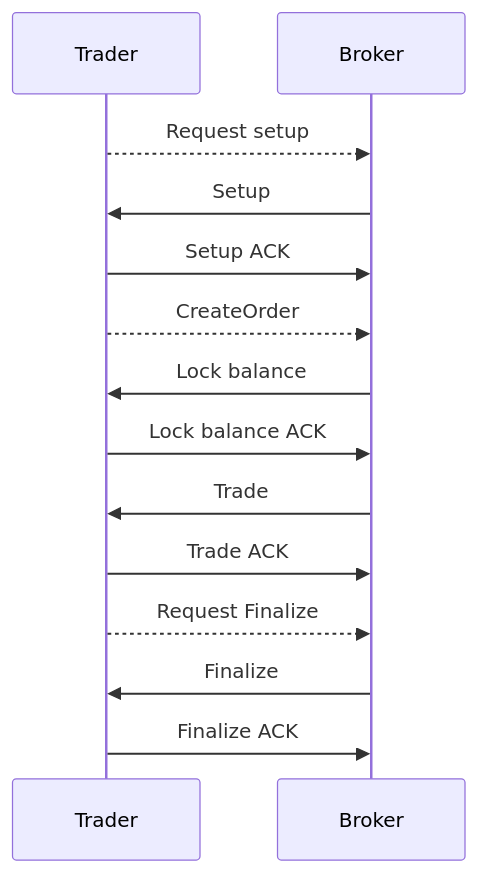
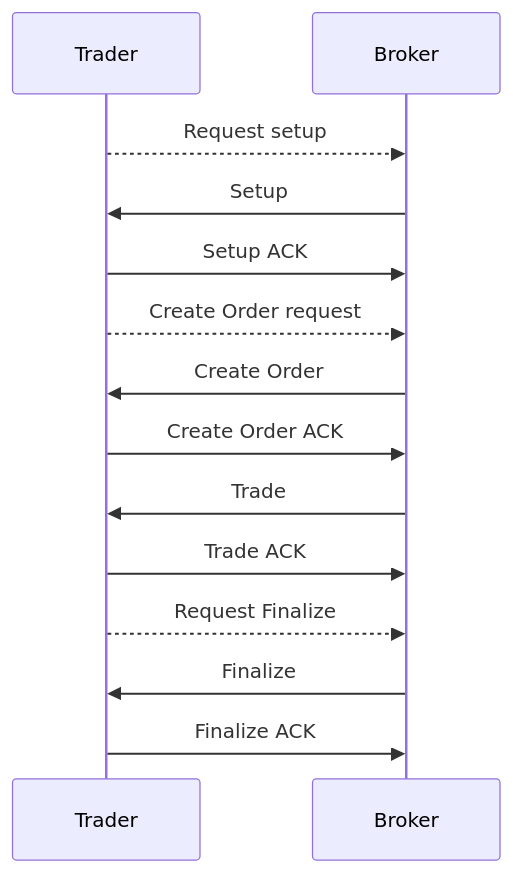
The first of 2 diagrams in docs/10_trading-channels.md (openware/open-finance), drawn with Mermaid before and after one commit. The commit also changed other lines of this file, not shown here.

````diff
--- a/docs/10_trading-channels.md
+++ b/docs/10_trading-channels.md
@@ -16,15 +18,15 @@
 ```mermaid
 sequenceDiagram;
     Trader-->>Broker: Request setup
     Broker->>Trader: Setup
     Trader->>Broker: Setup ACK
-    Trader-->>Broker: CreateOrder
-    Broker->>Trader: Lock balance
-    Trader->>Broker: Lock balance ACK
+    Trader-->>Broker: Create Order request
+    Broker->>Trader: Create Order
+    Trader->>Broker: Create Order ACK
     Broker->>Trader: Trade
     Trader->>Broker: Trade ACK
     Trader-->>Broker: Request Finalize
     Broker->>Trader: Finalize
     Trader->>Broker: Finalize ACK
 
 ```
````
